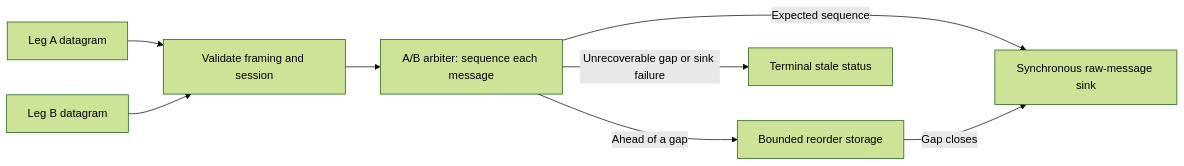
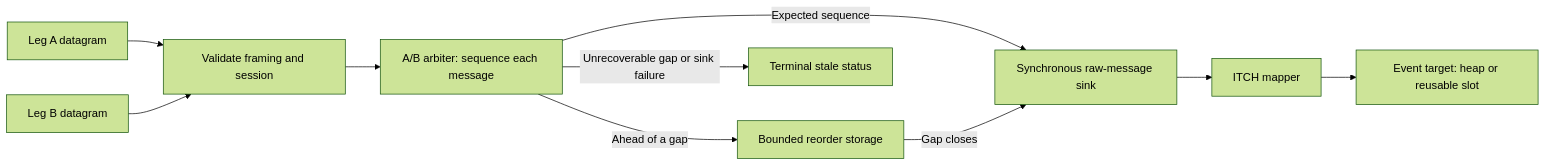
The diagram in nasdaq-feed/README.md (alchevrier/java-feed-handler), drawn with Mermaid (forest theme) before and after one commit. The commit also changed other lines of this file and 7 other files, not shown here.

````diff
--- a/nasdaq-feed/README.md
+++ b/nasdaq-feed/README.md
@@ -8,10 +8,12 @@
 ```mermaid
 flowchart LR
     A["Leg A datagram"] --> Frame["Validate framing and session"]
     B["Leg B datagram"] --> Frame
     Frame --> Arbiter["A/B arbiter: sequence each message"]
     Arbiter -->|Expected sequence| Sink["Synchronous raw-message sink"]
     Arbiter -->|Ahead of a gap| Pending["Bounded reorder storage"]
     Pending -->|Gap closes| Sink
+    Sink --> Mapper["ITCH mapper"]
+    Mapper --> Target["Event target: heap or reusable slot"]
     Arbiter -->|Unrecoverable gap or sink failure| Stale["Terminal stale status"]
 ```
````
